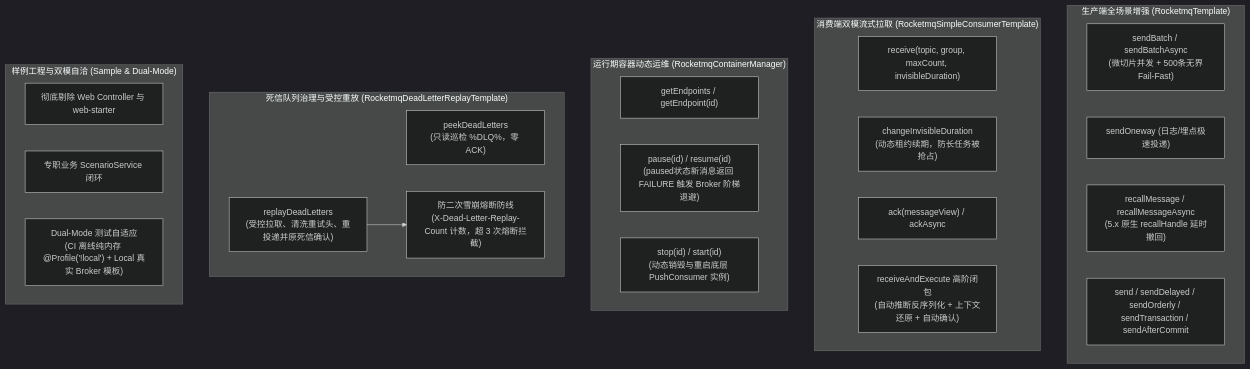
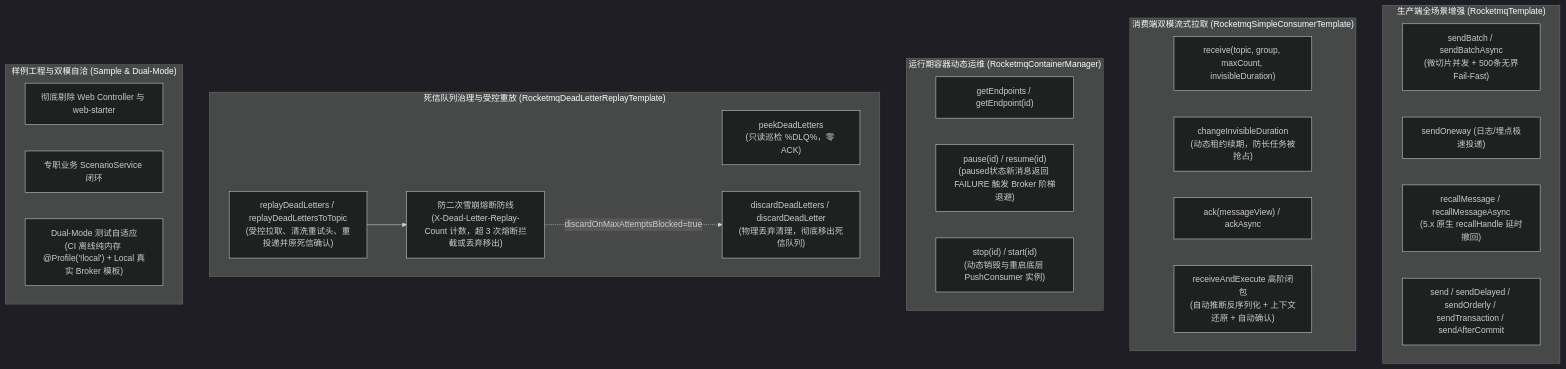
Before and after one commit to atengk/ateng-boot: the diagram in docs/adr/0066-rocketmq-full-scenario-hardening-simple-consumer-and-dead-letter-governance-architecture.md, drawn with Mermaid (dark theme). The commit also changed other lines of this file and 18 other files, not shown here.

````diff
--- a/docs/adr/0066-rocketmq-full-scenario-hardening-simple-consumer-and-dead-letter-governance-architecture.md
+++ b/docs/adr/0066-rocketmq-full-scenario-hardening-simple-consumer-and-dead-letter-governance-architecture.md
@@ -33,35 +33,37 @@
 ```mermaid
 flowchart TD
     subgraph ProducerDomain["生产端全场景增强 (RocketmqTemplate)"]
         BatchSend["sendBatch / sendBatchAsync<br>(微切片并发 + 500条无界Fail-Fast)"]
         OnewaySend["sendOneway (日志/埋点极速投递)"]
         RecallSend["recallMessage / recallMessageAsync<br>(5.x 原生 recallHandle 延时撤回)"]
         ExistingProducer["send / sendDelayed / sendOrderly / sendTransaction / sendAfterCommit"]
     end
 
     subgraph ConsumerDomain["消费端双模流式拉取 (RocketmqSimpleConsumerTemplate)"]
         SimpleReceive["receive(topic, group, maxCount, invisibleDuration)"]
         LeaseRenewal["changeInvisibleDuration<br>(动态租约续期，防长任务被抢占)"]
         ManualAck["ack(messageView) / ackAsync"]
         ExecuteClosure["receiveAndExecute 高阶闭包<br>(自动推断反序列化 + 上下文还原 + 自动确认)"]
     end
 
     subgraph OpsDomain["运行期容器动态运维 (RocketmqContainerManager)"]
         EndpointQuery["getEndpoints / getEndpoint(id)"]
         PauseResume["pause(id) / resume(id)<br>(paused状态新消息返回 FAILURE 触发 Broker 阶梯退避)"]
         StartStop["stop(id) / start(id)<br>(动态销毁与重启底层 PushConsumer 实例)"]
     end
 
     subgraph DLQDomain["死信队列治理与受控重放 (RocketmqDeadLetterReplayTemplate)"]
         DLQPeek["peekDeadLetters<br>(只读巡检 %DLQ%<Group>，零 ACK)"]
-        DLQReplay["replayDeadLetters<br>(受控拉取、清洗重试头、重投递并原死信确认)"]
-        AntiAvalanche["防二次雪崩熔断防线<br>(X-Dead-Letter-Replay-Count 计数，超 3 次熔断拦截)"]
+        DLQReplay["replayDeadLetters / replayDeadLettersToTopic<br>(受控拉取、清洗重试头、重投递并原死信确认)"]
+        DLQDiscard["discardDeadLetters / discardDeadLetter<br>(物理丢弃清理，彻底移出死信队列)"]
+        AntiAvalanche["防二次雪崩熔断防线<br>(X-Dead-Letter-Replay-Count 计数，超 3 次熔断拦截或丢弃移出)"]
         DLQReplay --> AntiAvalanche
+        AntiAvalanche -.->|discardOnMaxAttemptsBlocked=true| DLQDiscard
     end
 
     subgraph SampleDomain["样例工程与双模自洽 (Sample & Dual-Mode)"]
         DropWeb["彻底剔除 Web Controller 与 web-starter"]
         ScenarioServices["专职业务 ScenarioService 闭环"]
         DualMode["Dual-Mode 测试自适应<br>(CI 离线纯内存 @Profile('!local') + Local 真实 Broker 模板)"]
     end
 ```
````
